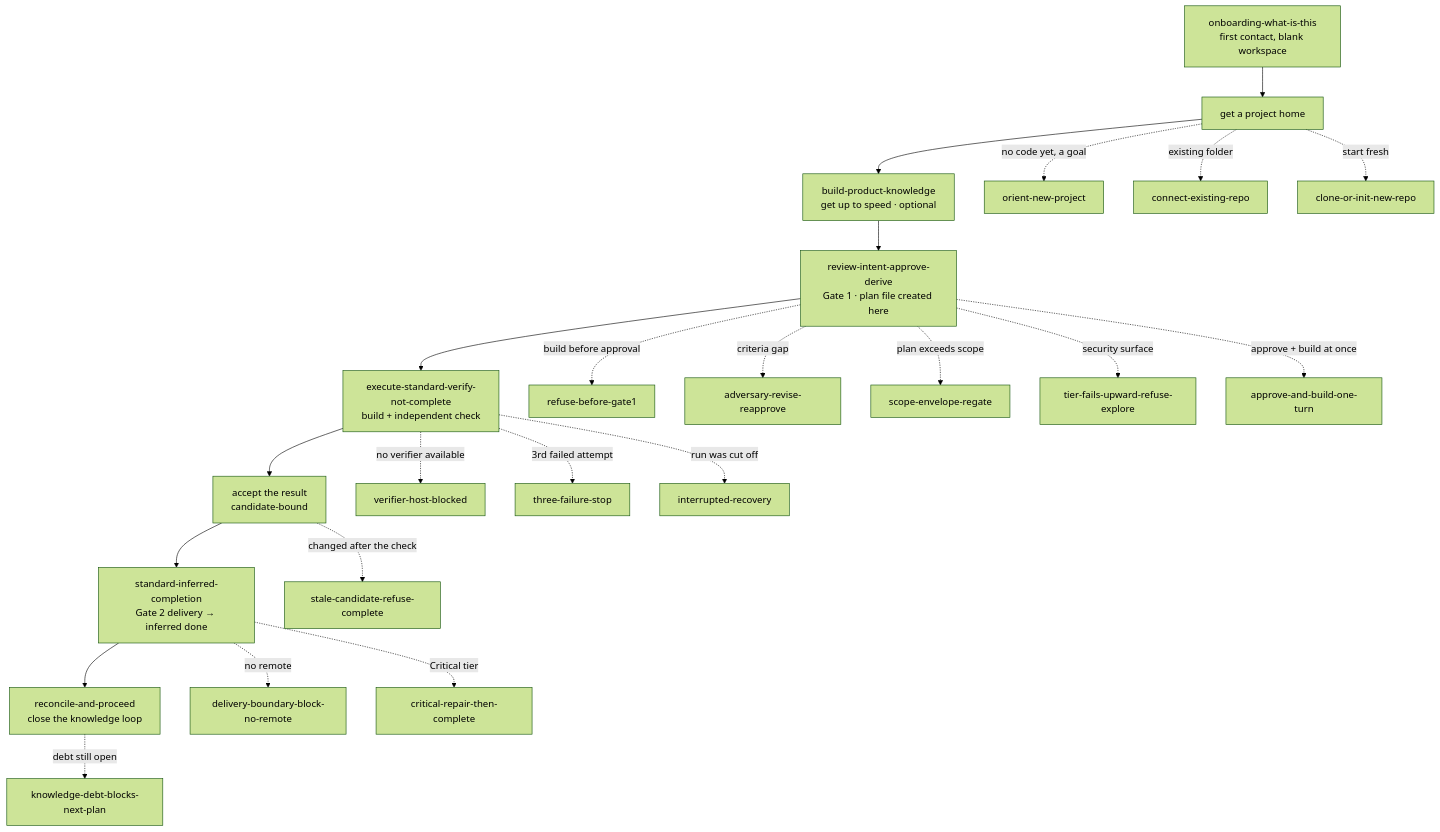
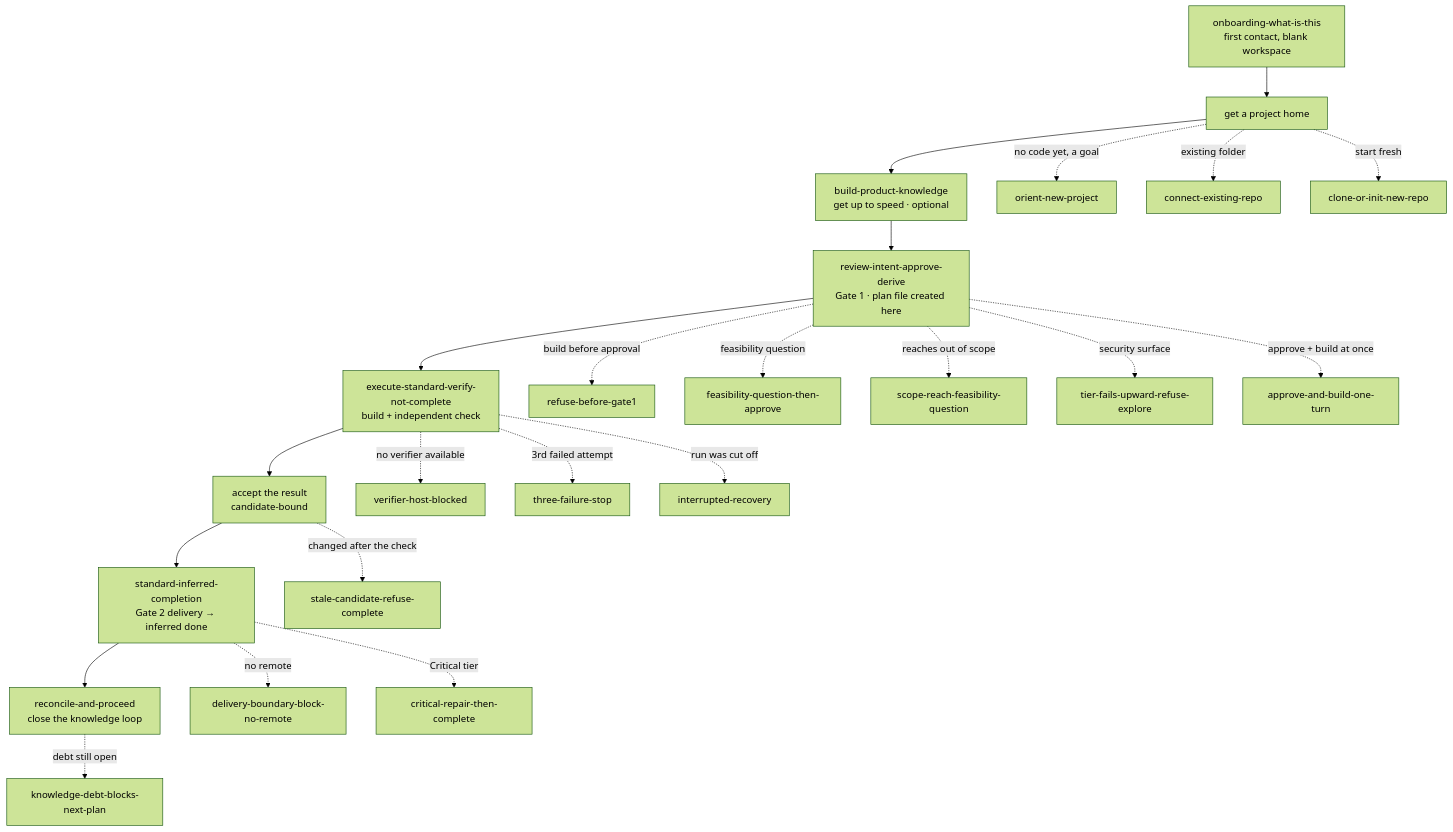
One commit to kaotypr/context-circuit-source changed the diagram in agent-harness/conversations/FLOW.md. Above: the diagram before and after it, drawn with Mermaid (forest theme). The commit also changed other lines of this file and 47 other files, not shown here.

````diff
--- a/agent-harness/conversations/FLOW.md
+++ b/agent-harness/conversations/FLOW.md
@@ -16,30 +16,30 @@
 ```mermaid
 flowchart TD
   A[onboarding-what-is-this<br/>first contact, blank workspace] --> B[get a project home]
   B --> C[build-product-knowledge<br/>get up to speed  · optional]
   C --> D[review-intent-approve-derive<br/>Gate 1 · plan file created here]
   D --> E[execute-standard-verify-not-complete<br/>build + independent check]
   E --> F[accept the result<br/>candidate-bound]
   F --> G[standard-inferred-completion<br/>Gate 2 delivery → inferred done]
   G --> H[reconcile-and-proceed<br/>close the knowledge loop]
 
   B -.->|no code yet, a goal| B1[orient-new-project]
   B -.->|existing folder| B2[connect-existing-repo]
   B -.->|start fresh| B3[clone-or-init-new-repo]
 
   D -.->|build before approval| R1[refuse-before-gate1]
-  D -.->|criteria gap| R2[adversary-revise-reapprove]
-  D -.->|plan exceeds scope| R3[scope-envelope-regate]
+  D -.->|feasibility question| R2[feasibility-question-then-approve]
+  D -.->|reaches out of scope| R3[scope-reach-feasibility-question]
   D -.->|security surface| R4[tier-fails-upward-refuse-explore]
   D -.->|approve + build at once| R5[approve-and-build-one-turn]
 
   E -.->|no verifier available| X1[verifier-host-blocked]
   E -.->|3rd failed attempt| X2[three-failure-stop]
   E -.->|run was cut off| X3[interrupted-recovery]
 
   F -.->|changed after the check| Y1[stale-candidate-refuse-complete]
   G -.->|no remote| Y2[delivery-boundary-block-no-remote]
   G -.->|Critical tier| Y3[critical-repair-then-complete]
 
   H -.->|debt still open| Z1[knowledge-debt-blocks-next-plan]
 ```
````
